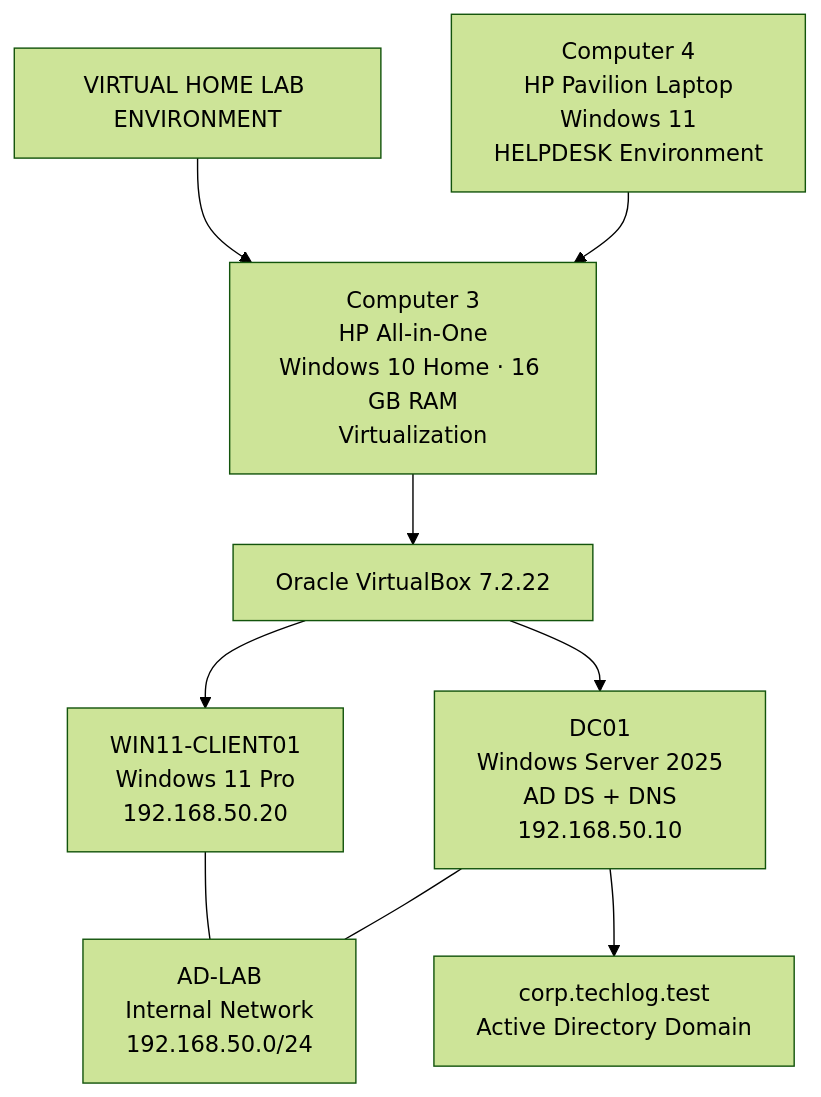
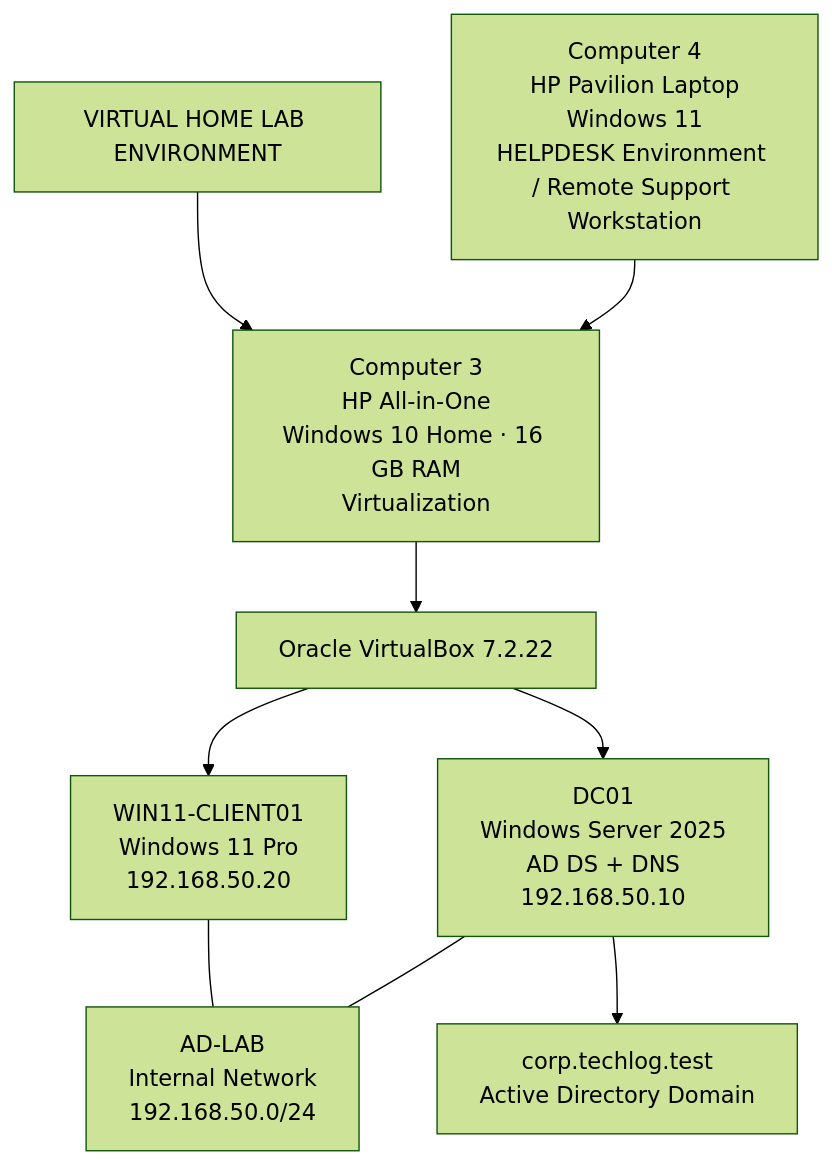
One commit to aang81a/my-it-support-portfolio changed the second of 2 diagrams in PROJECTS/01-lab-environment/lab-environment-overview.md. Above: the diagram before and after it, drawn with Mermaid (forest theme).

````diff
--- a/PROJECTS/01-lab-environment/lab-environment-overview.md
+++ b/PROJECTS/01-lab-environment/lab-environment-overview.md
@@ -47,24 +47,24 @@
 ```mermaid
 flowchart TB
     HOME["VIRTUAL HOME LAB ENVIRONMENT"]
-    C4["Computer 4<br/>HP Pavilion Laptop<br/>Windows 11<br/>HELPDESK Environment"]
+    C4["Computer 4<br/>HP Pavilion Laptop<br/>Windows 11<br/>HELPDESK Environment / Remote Support Workstation"]
 
     C3["Computer 3<br/>HP All-in-One<br/>Windows 10 Home · 16 GB RAM<br/>Virtualization"]
     
 
     VB["Oracle VirtualBox 7.2.22"]
     CLIENT["WIN11-CLIENT01<br/>Windows 11 Pro<br/>192.168.50.20"]
     SERVER["DC01<br/>Windows Server 2025<br/>AD DS + DNS<br/>192.168.50.10"]
     NETWORK["AD-LAB<br/>Internal Network<br/>192.168.50.0/24"]
     DOMAIN["corp.techlog.test<br/>Active Directory Domain"]
 
     HOME --> C3
     C4 --> C3
 
     C3 --> VB
     VB --> CLIENT
     VB --> SERVER
     CLIENT --- NETWORK
     SERVER --- NETWORK
     SERVER --> DOMAIN
 ```
````
